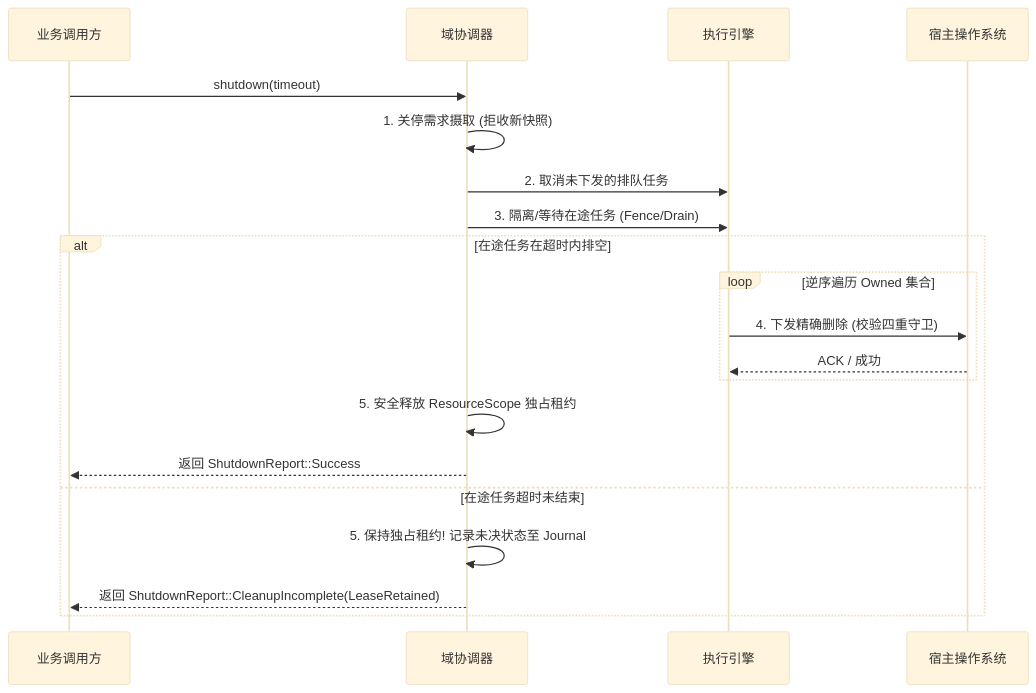
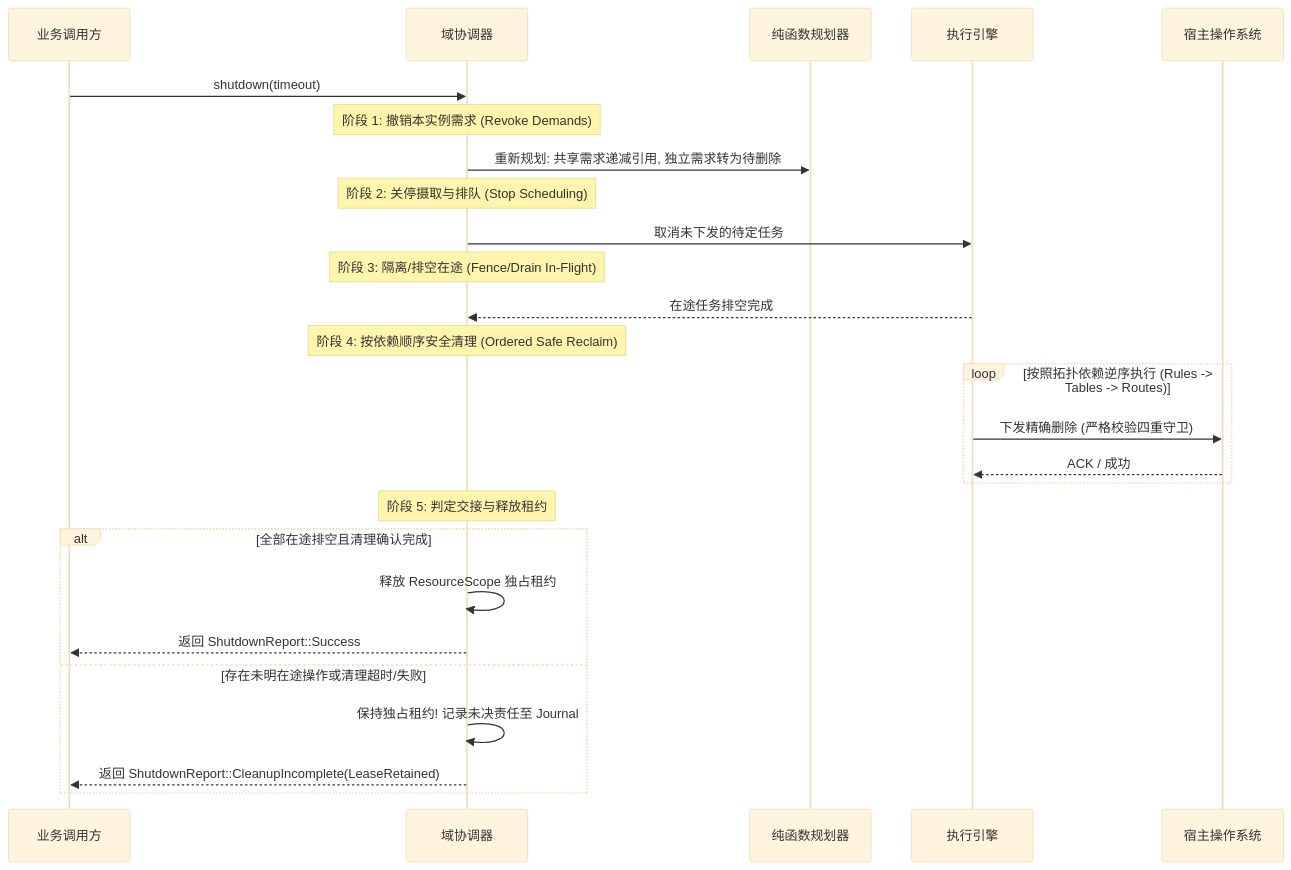
The fourth of 4 diagrams in docs/host-route-manager-step1-audit-and-contract.md (ZnqbuZ/EasyTier), drawn with Mermaid (base theme) before and after one commit. The commit also changed other lines of this file and 1 other file, not shown here.

````diff
--- a/docs/host-route-manager-step1-audit-and-contract.md
+++ b/docs/host-route-manager-step1-audit-and-contract.md
@@ -380,23 +332,29 @@
 ```mermaid
 sequenceDiagram
     participant User as 业务调用方
     participant Coord as 域协调器
+    participant Planner as 纯函数规划器
     participant Executor as 执行引擎
     participant OS as 宿主操作系统
     
     User->>Coord: shutdown(timeout)
-    Coord->>Coord: 1. 关停需求摄取 (拒收新快照)
-    Coord->>Executor: 2. 取消未下发的排队任务
-    Coord->>Executor: 3. 隔离/等待在途任务 (Fence/Drain)
-    alt 在途任务在超时内排空
-        loop 逆序遍历 Owned 集合
-            Executor->>OS: 4. 下发精确删除 (校验四重守卫)
-            OS-->>Executor: ACK / 成功
-        end
-        Coord->>Coord: 5. 安全释放 ResourceScope 独占租约
+    Note over Coord: 阶段 1: 撤销本实例需求 (Revoke Demands)
+    Coord->>Planner: 重新规划: 共享需求递减引用, 独立需求转为待删除
+    Note over Coord: 阶段 2: 关停摄取与排队 (Stop Scheduling)
+    Coord->>Executor: 取消未下发的待定任务
+    Note over Coord: 阶段 3: 隔离/排空在途 (Fence/Drain In-Flight)
+    Executor-->>Coord: 在途任务排空完成
+    Note over Coord: 阶段 4: 按依赖顺序安全清理 (Ordered Safe Reclaim)
+    loop 按照拓扑依赖逆序执行 (Rules -> Tables -> Routes)
+        Executor->>OS: 下发精确删除 (严格校验四重守卫)
+        OS-->>Executor: ACK / 成功
+    end
+    Note over Coord: 阶段 5: 判定交接与释放租约
+    alt 全部在途排空且清理确认完成
+        Coord->>Coord: 释放 ResourceScope 独占租约
         Coord-->>User: 返回 ShutdownReport::Success
-    else 在途任务超时未结束
-        Coord->>Coord: 5. 保持独占租约! 记录未决状态至 Journal
+    else 存在未明在途操作或清理超时/失败
+        Coord->>Coord: 保持独占租约! 记录未决责任至 Journal
         Coord-->>User: 返回 ShutdownReport::CleanupIncomplete(LeaseRetained)
     end
 ```
````
